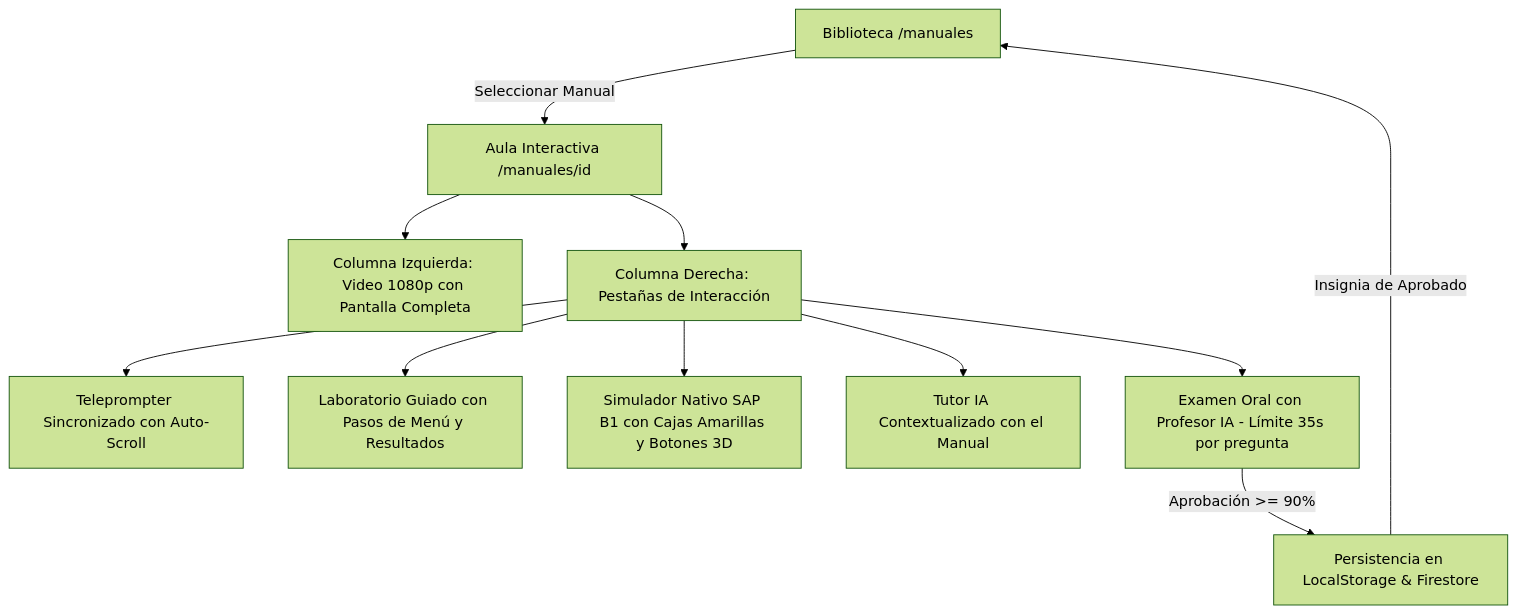
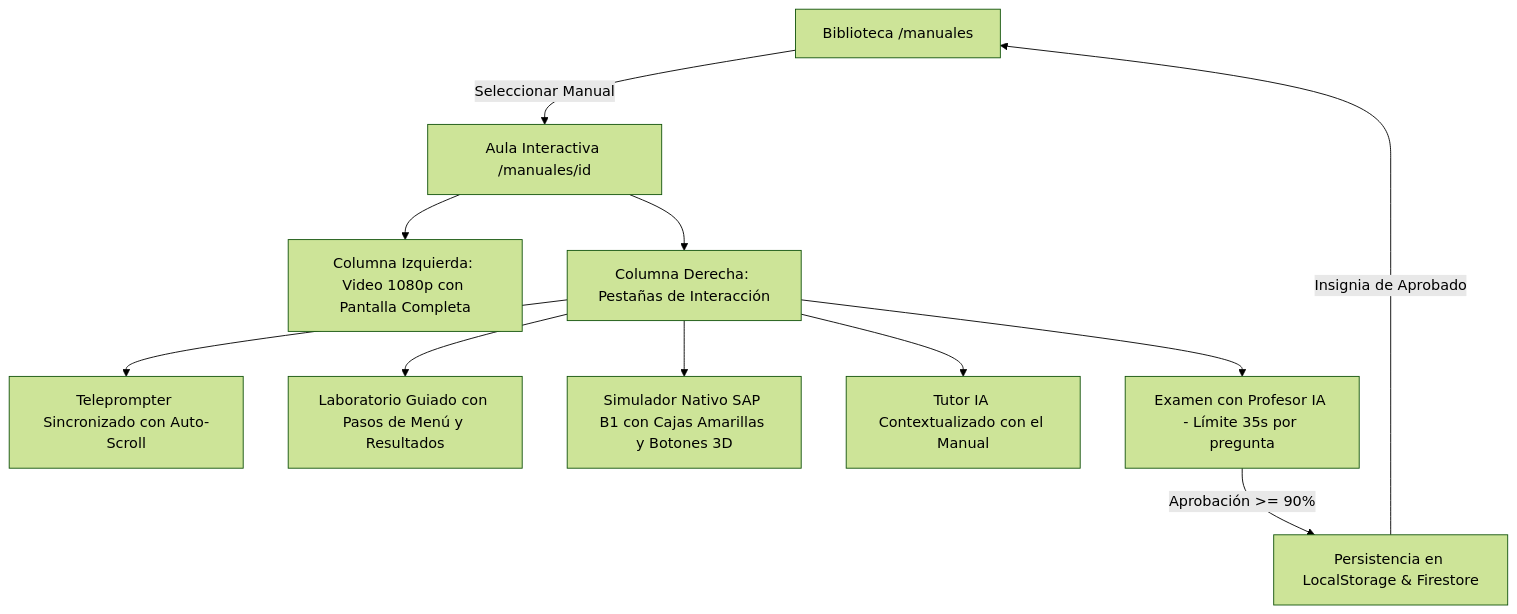
The second of 2 diagrams in docs/06_Manuales.md (pablofgarciaf/B1-ACADEMY), drawn with Mermaid (forest theme) before and after one commit. The commit also changed other lines of this file and 25 other files, not shown here.

````diff
--- a/docs/06_Manuales.md
+++ b/docs/06_Manuales.md
@@ -97,15 +97,15 @@
 ```mermaid
 graph TD
     A[Biblioteca /manuales] -->|Seleccionar Manual| B[Aula Interactiva /manuales/id]
     B --> C[Columna Izquierda: Video 1080p con Pantalla Completa]
     B --> D[Columna Derecha: Pestañas de Interacción]
     
     D --> E[Teleprompter Sincronizado con Auto-Scroll]
     D --> F[Laboratorio Guiado con Pasos de Menú y Resultados]
     D --> G[Simulador Nativo SAP B1 con Cajas Amarillas y Botones 3D]
     D --> H[Tutor IA Contextualizado con el Manual]
-    D --> I[Examen Oral con Profesor IA - Límite 35s por pregunta]
+    D --> I[Examen con Profesor IA - Límite 35s por pregunta]
     
     I -->|Aprobación >= 90%| J[Persistencia en LocalStorage & Firestore]
     J -->|Insignia de Aprobado| A
 ```
````
